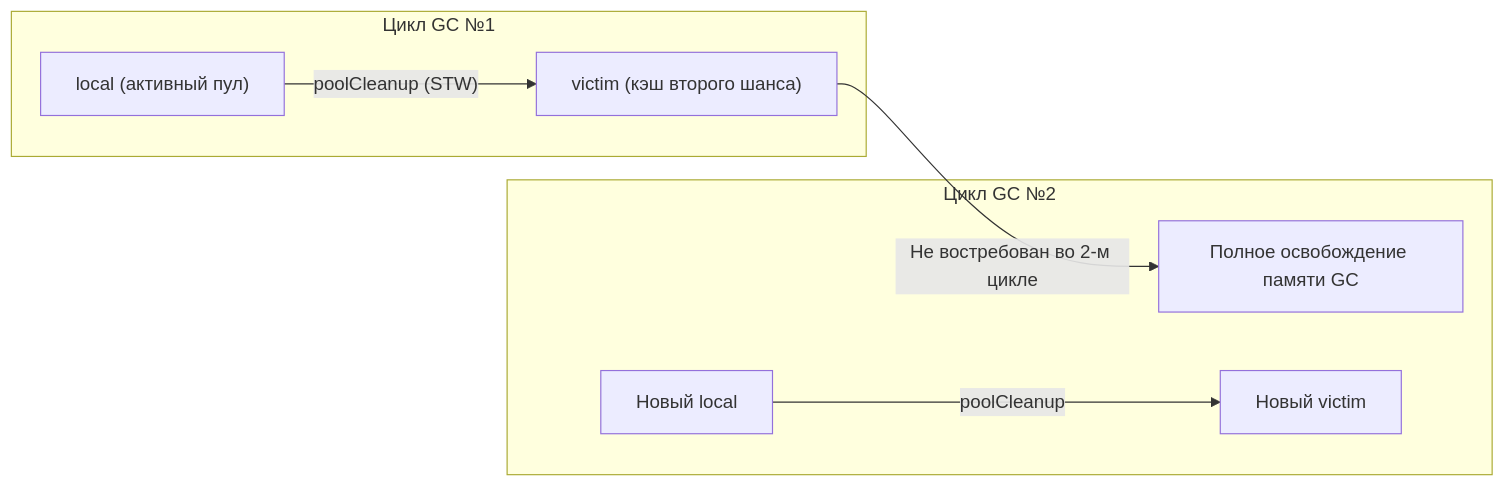
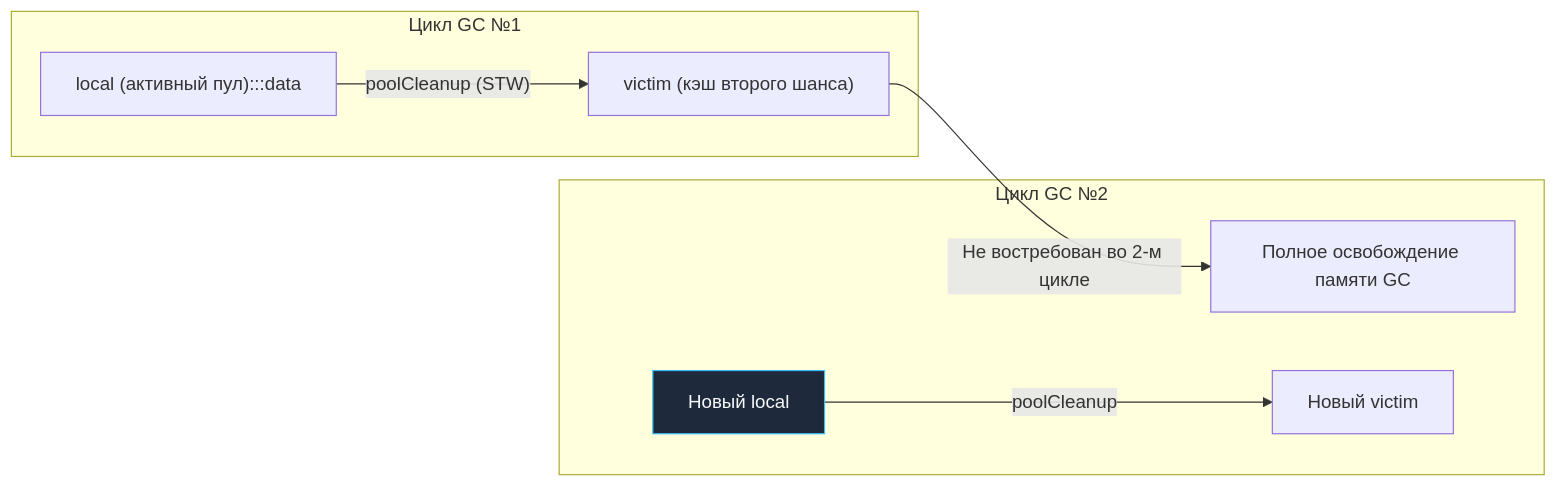
Before and after one commit to UnrealTemplier/go-textbook: the second of 2 diagrams in sources/16. Профилирование, отладка и производительность/09. Практические оптимизации/2. sync Pool.md, drawn with Mermaid. The commit also changed other lines of this file and 1666 other files, not shown here.

First line of the commit message:
feat(mermaid): add semantic color classDef to 1369 colorless flowchart/graph diagrams

````diff
--- a/sources/16. Профилирование, отладка и производительность/09. Практические оптимизации/2. sync Pool.md
+++ b/sources/16. Профилирование, отладка и производительность/09. Практические оптимизации/2. sync Pool.md
@@ -119,11 +129,21 @@
 ```mermaid
 flowchart LR
+    classDef process  fill:#1e293b,stroke:#38bdf8,stroke-width:1px,color:#f8fafc
+    classDef success  fill:#064e3b,stroke:#34d399,stroke-width:1px,color:#f8fafc
+    classDef error    fill:#7f1d1d,stroke:#f87171,stroke-width:1px,color:#f8fafc
+    classDef warning  fill:#78350f,stroke:#fbbf24,stroke-width:1px,color:#f8fafc
+    classDef entry    fill:#1e3a5f,stroke:#38bdf8,stroke-width:2px,color:#f8fafc
+    classDef aux      fill:#334155,stroke:#64748b,stroke-width:1px,color:#f8fafc
+    classDef system   fill:#312e81,stroke:#a78bfa,stroke-width:1px,color:#f8fafc
+    classDef data     fill:#132d29,stroke:#2dd4bf,stroke-width:1px,color:#f8fafc
+    classDef network  fill:#881337,stroke:#fb7185,stroke-width:1px,color:#f8fafc
+    classDef accent   fill:#1e1b4b,stroke:#818cf8,stroke-width:1px,color:#f8fafc
     subgraph GC_Cycle_1 ["Цикл GC №1"]
-        Local1["local (активный пул)"] -->|"poolCleanup (STW)"| Vic1["victim (кэш второго шанса)"]
+        Local1["local (активный пул):::data"] -->|"poolCleanup (STW)"| Vic1["victim (кэш второго шанса)"]
     end
     
     subgraph GC_Cycle_2 ["Цикл GC №2"]
         Vic1 -->|"Не востребован во 2-м цикле"| Swept["Полное освобождение памяти GC"]
-        Local2["Новый local"] -->|"poolCleanup"| Vic2["Новый victim"]
+        Local2["Новый local"]:::process -->|"poolCleanup"| Vic2["Новый victim"]
     end
 ```
````
